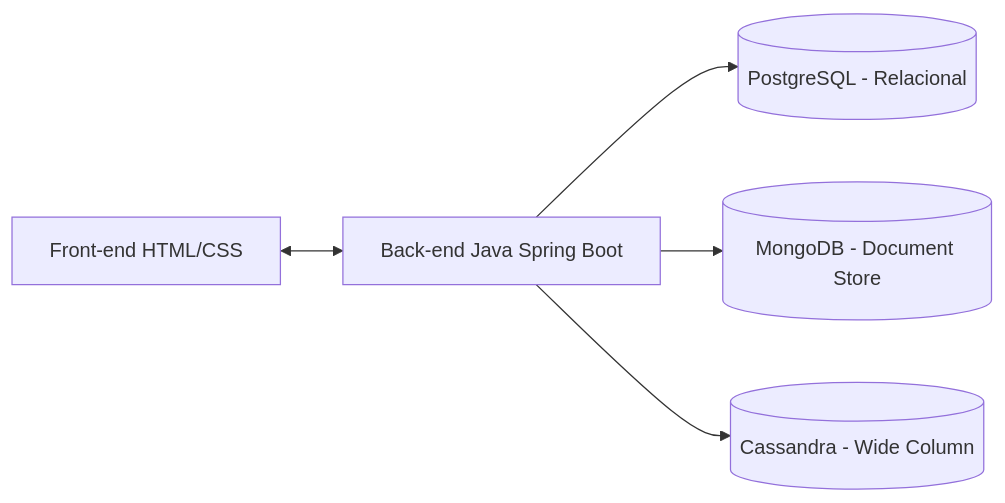
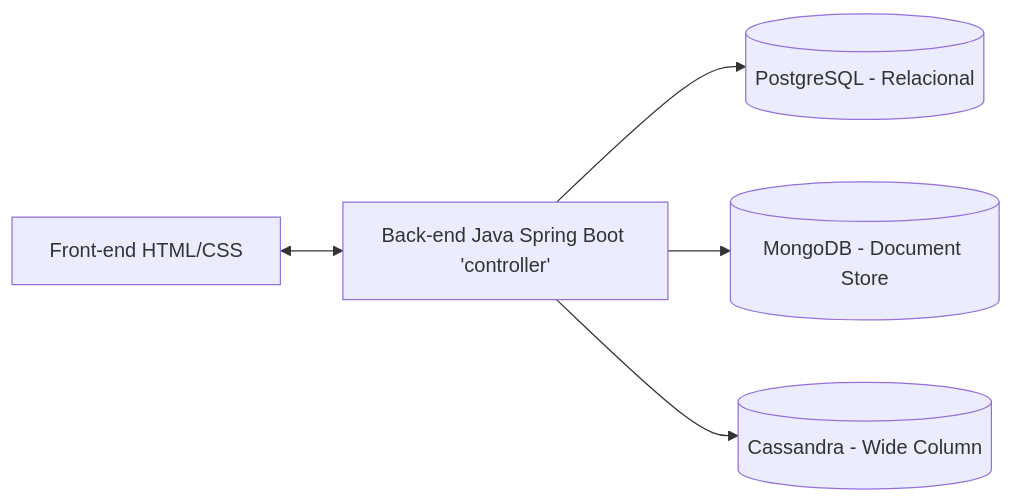
The second of 2 diagrams in Readme.md (beatrizmanaia26/GerenciamentoJujuca_BD2), drawn with Mermaid before and after one commit.

Commit message:
Update diagram to include 'controller' in back-end

````diff
--- a/Readme.md
+++ b/Readme.md
@@ -34,7 +34,7 @@
 ```mermaid
 graph LR
-    S1[Front-end HTML/CSS] <--> S2[Back-end Java Spring Boot]
+    S1[Front-end HTML/CSS] <--> S2[Back-end Java Spring Boot 'controller'] 
     S2 --> Supabase[(PostgreSQL - Relacional)]
     S2 --> MongoDB[(MongoDB - Document Store)]
     S2 --> Cassandra[(Cassandra - Wide Column)]
 ```
````
